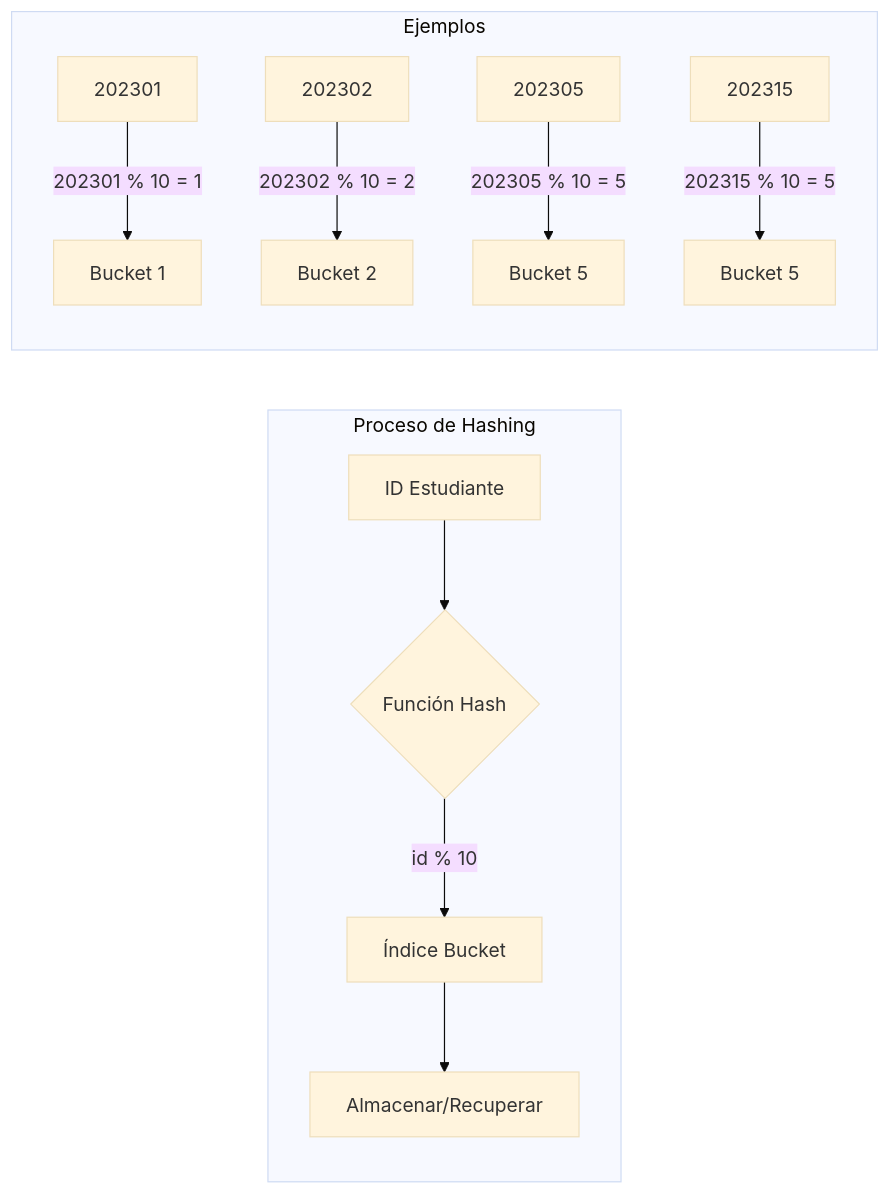
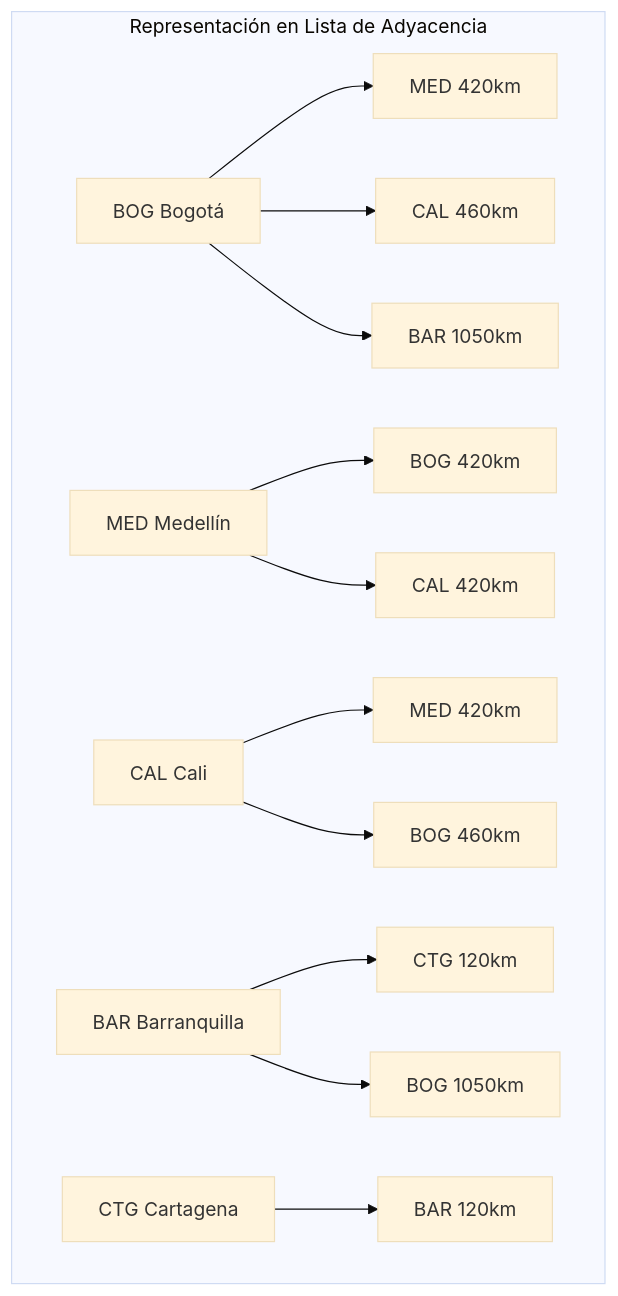
Before and after one commit to rraulherediaa/PracticasEstructurasDatos: the second of 10 diagrams in MERMAID.md, drawn with Mermaid (base theme). The commit also changed other lines of this file and 3 other files, not shown here.

````diff
--- a/MERMAID.md
+++ b/MERMAID.md
@@ -36,15 +30,19 @@
 ```mermaid
-flowchart LR
-    subgraph "Proceso de Hashing"
-        A[ID Estudiante] --> B{Función Hash}
-        B -->|id % 10| C[Índice Bucket]
-        C --> D[Almacenar/Recuperar]
-    end
-    
-    subgraph "Ejemplos"
-        E[202301] -->|202301 % 10 = 1| F[Bucket 1]
-        G[202302] -->|202302 % 10 = 2| H[Bucket 2]
-        I[202305] -->|202305 % 10 = 5| J[Bucket 5]
-        K[202315] -->|202315 % 10 = 5| L[Bucket 5]
+graph TB
+    subgraph "Representación en Lista de Adyacencia"
+        A[BOG Bogotá] --> B[MED 420km]
+        A --> C[CAL 460km]
+        A --> D[BAR 1050km]
+        
+        E[MED Medellín] --> F[BOG 420km]
+        E --> G[CAL 420km]
+        
+        H[CAL Cali] --> I[MED 420km]
+        H --> J[BOG 460km]
+        
+        K[BAR Barranquilla] --> L[CTG 120km]
+        K --> M[BOG 1050km]
+        
+        N[CTG Cartagena] --> O[BAR 120km]
     end
 ```
````
